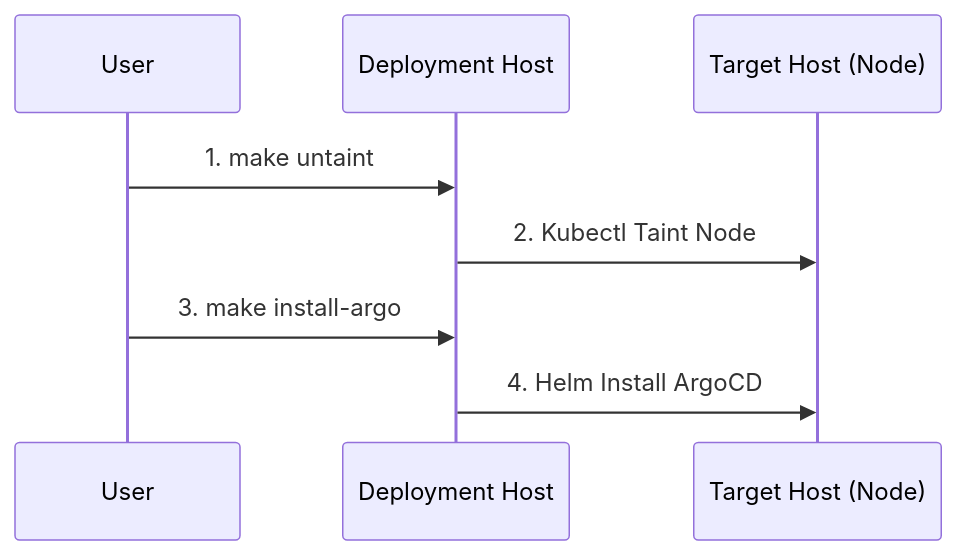
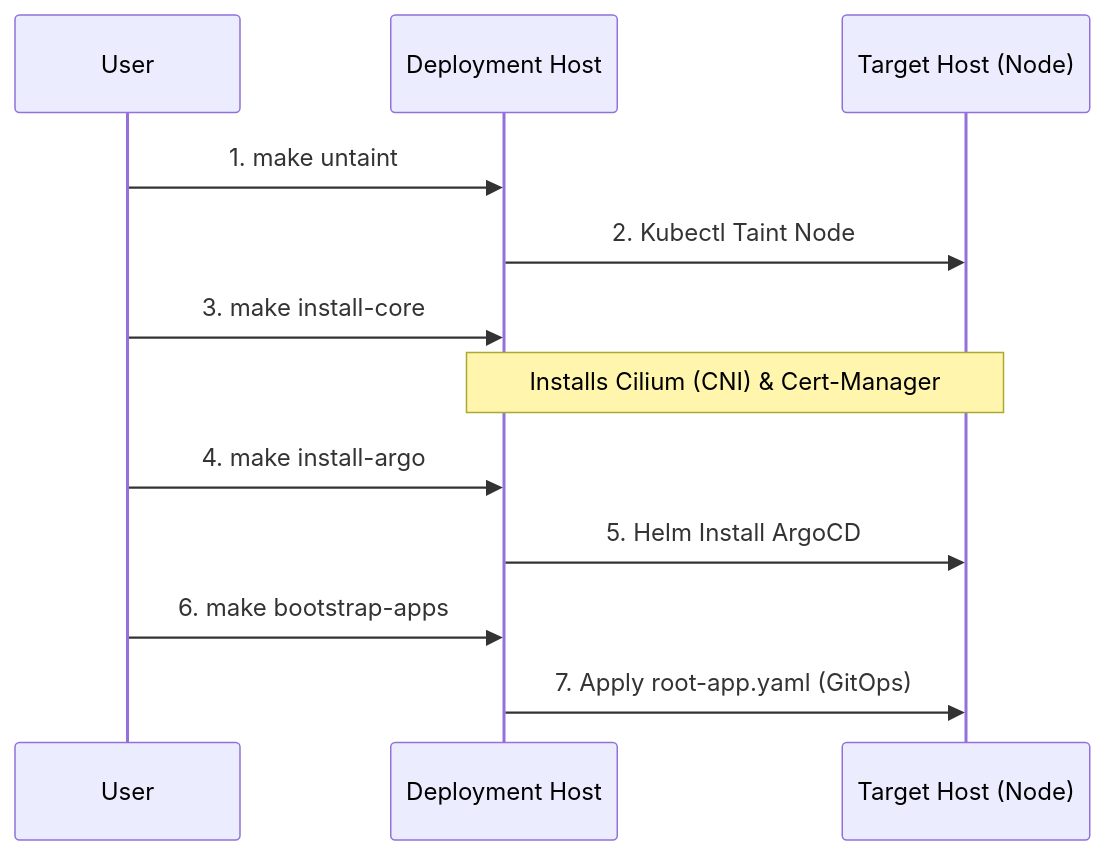
Before and after one commit to JanWelker/homelab: the second of 2 diagrams in architecture.md, drawn with Mermaid. The commit also changed other lines of this file and 2 other files, not shown here.

First line of the commit message:
docs: bring README and architecture docs up to date

````diff
--- a/architecture.md
+++ b/architecture.md
@@ -64,11 +64,15 @@
 ```mermaid
 sequenceDiagram
     participant Admin as User
     participant Deploy as Deployment Host
     participant Target as Target Host (Node)
 
     Admin->>Deploy: 1. make untaint
     Deploy->>Target: 2. Kubectl Taint Node
-    Admin->>Deploy: 3. make install-argo
-    Deploy->>Target: 4. Helm Install ArgoCD
+    Admin->>Deploy: 3. make install-core
+    Note over Deploy,Target: Installs Cilium (CNI) & Cert-Manager
+    Admin->>Deploy: 4. make install-argo
+    Deploy->>Target: 5. Helm Install ArgoCD
+    Admin->>Deploy: 6. make bootstrap-apps
+    Deploy->>Target: 7. Apply root-app.yaml (GitOps)
 ```
````
